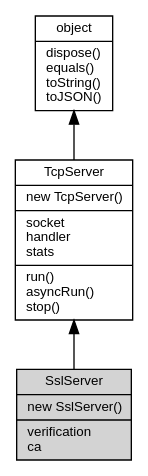
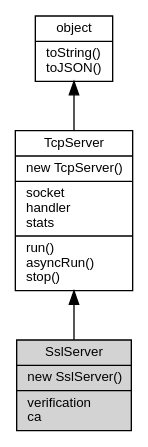
The diagram in docs/object/ifs/SslServer.md (asionius/fibjs-ceph), drawn with Graphviz before and after one commit. The commit also changed other lines of this file and 138 other files, not shown here.

````diff
--- a/docs/object/ifs/SslServer.md
+++ b/docs/object/ifs/SslServer.md
@@ -22,12 +22,12 @@
 ```dot
 digraph {
     node [fontname="Helvetica,sans-Serif", fontsize=10, shape="record", style="filled", fillcolor="white"];
 
-    object [tooltip="object", URL="object.md", label="{object|dispose()\lequals()\ltoString()\ltoJSON()\l}"];
+    object [tooltip="object", URL="object.md", label="{object|toString()\ltoJSON()\l}"];
     TcpServer [tooltip="TcpServer", URL="TcpServer.md", label="{TcpServer|new TcpServer()\l|socket\lhandler\lstats\l|run()\lasyncRun()\lstop()\l}"];
-    SslServer [tooltip="SslServer", fillcolor="lightgray", label="{SslServer|new SslServer()\l|verification\lca\l}"];
+    SslServer [tooltip="SslServer", fillcolor="lightgray", id="me", label="{SslServer|new SslServer()\l|verification\lca\l}"];
 
     object -> TcpServer [dir=back];
     TcpServer -> SslServer [dir=back];
 }
 ```
````
